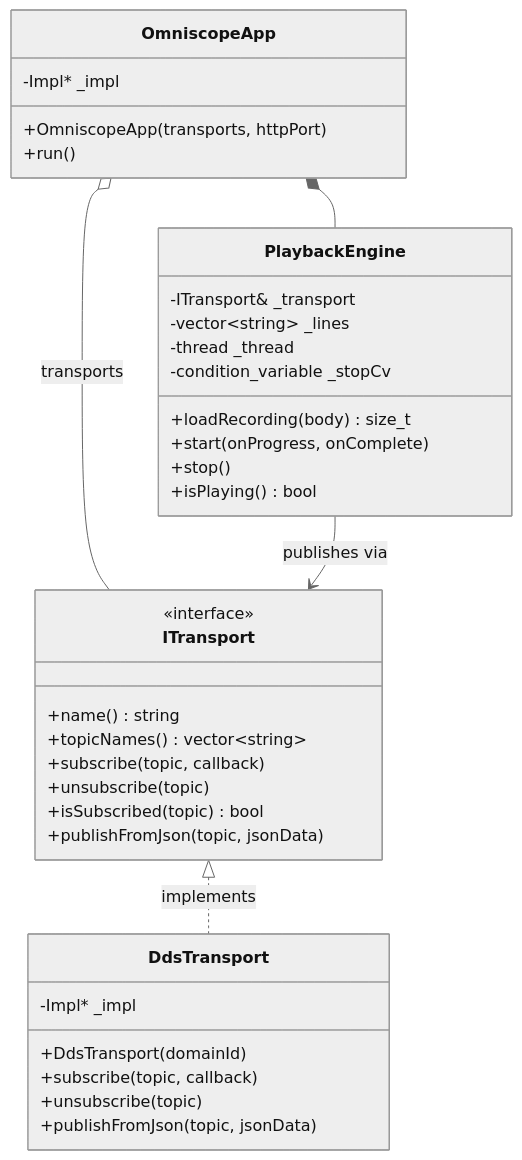
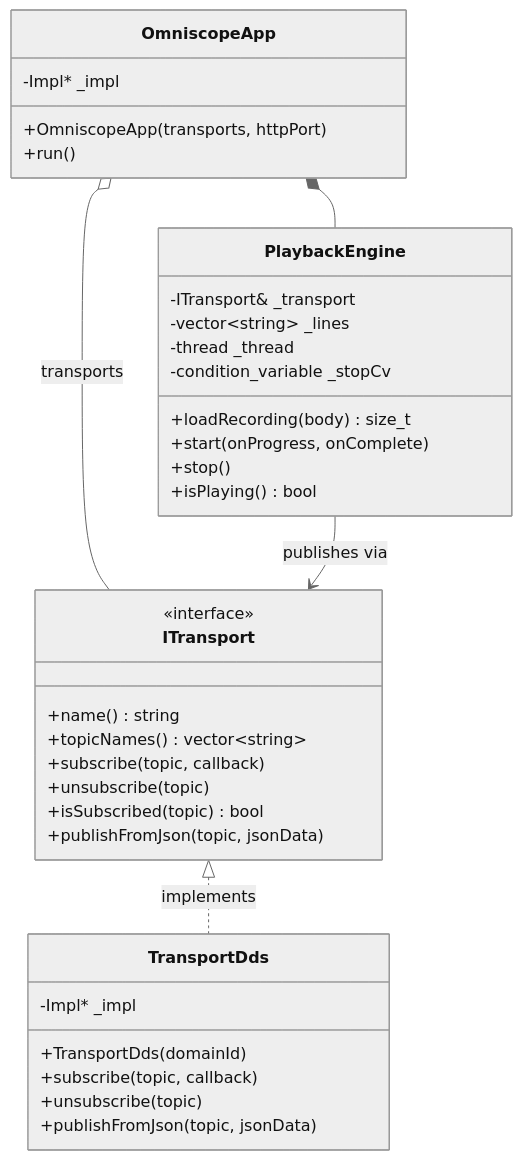
Before and after one commit to sfestenstein/StarterCpp: the second of 5 diagrams in src/apps/Omniscope/DESIGN.md, drawn with Mermaid (neutral theme). The commit also changed other lines of this file and 19 other files, not shown here.

````diff
--- a/src/apps/Omniscope/DESIGN.md
+++ b/src/apps/Omniscope/DESIGN.md
@@ -52,42 +52,42 @@
 ```mermaid
 classDiagram
     class ITransport {
         <<interface>>
         +name() string
         +topicNames() vector~string~
         +subscribe(topic, callback)
         +unsubscribe(topic)
         +isSubscribed(topic) bool
         +publishFromJson(topic, jsonData)
     }
 
-    class DdsTransport {
+    class TransportDds {
         -Impl* _impl
-        +DdsTransport(domainId)
+        +TransportDds(domainId)
         +subscribe(topic, callback)
         +unsubscribe(topic)
         +publishFromJson(topic, jsonData)
     }
 
     class OmniscopeApp {
         -Impl* _impl
         +OmniscopeApp(transports, httpPort)
         +run()
     }
 
     class PlaybackEngine {
         -ITransport& _transport
         -vector~string~ _lines
         -thread _thread
         -condition_variable _stopCv
         +loadRecording(body) size_t
         +start(onProgress, onComplete)
         +stop()
         +isPlaying() bool
     }
 
-    ITransport <|.. DdsTransport : implements
+    ITransport <|.. TransportDds : implements
     OmniscopeApp o-- ITransport : transports
     OmniscopeApp *-- PlaybackEngine
     PlaybackEngine --> ITransport : publishes via
 ```
````
